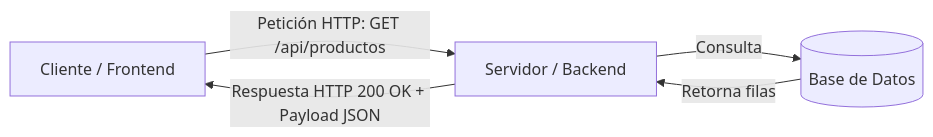
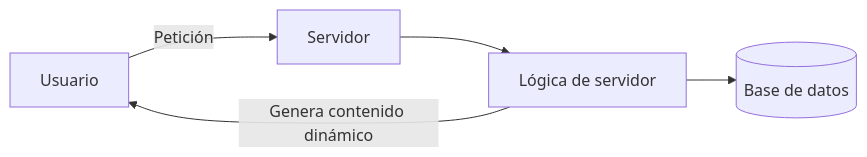
One commit to ATorresCode/aw changed the second of 6 diagrams in docs/u01/index.md. Above: the diagram before and after it, drawn with Mermaid. The commit also changed other lines of this file and 4 other files, not shown here.

````diff
--- a/docs/u01/index.md
+++ b/docs/u01/index.md
@@ -276,7 +33,7 @@
 ```mermaid
-graph LR
-    Cliente[Cliente / Frontend] -->|Petición HTTP: GET /api/productos| Server[Servidor / Backend]
-    Server -->|Consulta| DB[(Base de Datos)]
-    DB -->|Retorna filas| Server
-    Server -->|Respuesta HTTP 200 OK + Payload JSON| Cliente
+flowchart LR
+ U[Usuario] -->|Petición| S[Servidor]
+ S --> L[Lógica de servidor]
+ L --> D[(Base de datos)]
+ L -->|Genera contenido dinámico| U
 ```
````
